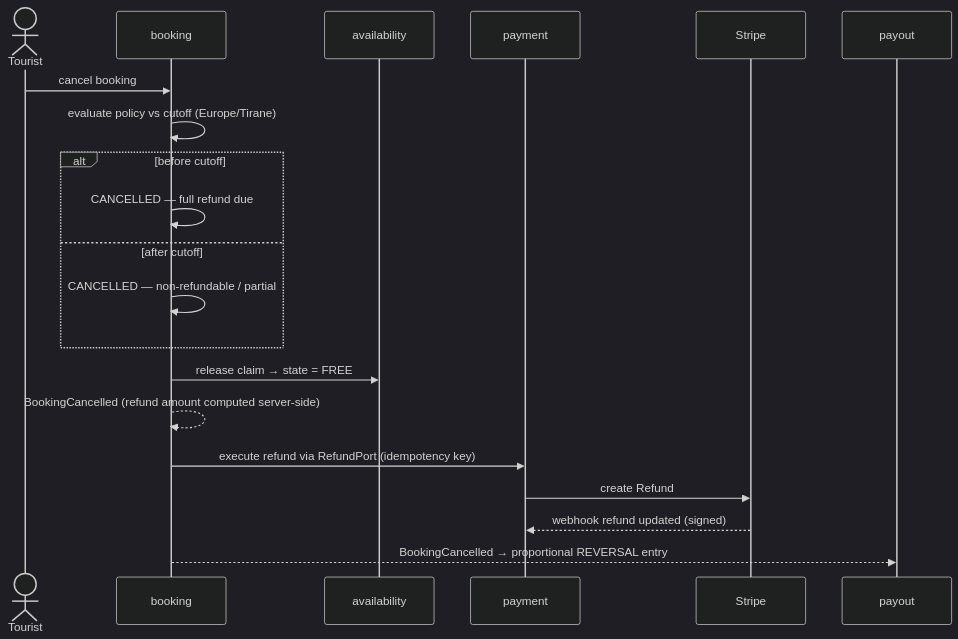
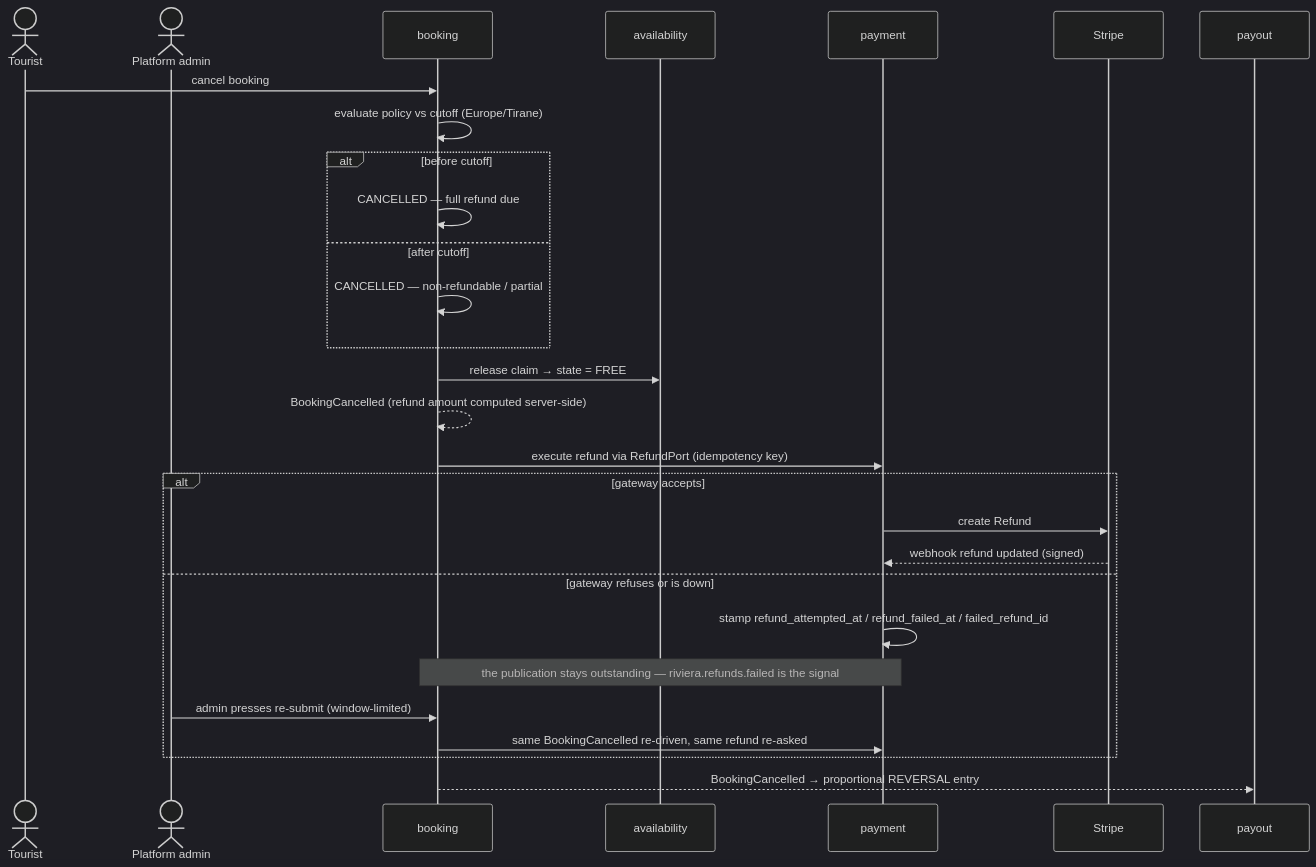
One commit to ivopogace/riviera-sunbed-booking changed diagram 13 of 15 in docs/architecture/domain-model.md. Above: the diagram before and after it, drawn with Mermaid (dark theme). The commit also changed other lines of this file and 53 other files, not shown here.

````diff
--- a/docs/architecture/domain-model.md
+++ b/docs/architecture/domain-model.md
@@ -439,23 +788,31 @@
 ```mermaid
 sequenceDiagram
     actor T as Tourist
+    actor Adm as Platform admin
     participant B as booking
     participant A as availability
     participant P as payment
     participant S as Stripe
     participant L as payout
 
     T->>B: cancel booking
     B->>B: evaluate policy vs cutoff (Europe/Tirane)
     alt before cutoff
         B->>B: CANCELLED — full refund due
     else after cutoff
         B->>B: CANCELLED — non-refundable / partial
     end
     B->>A: release claim → state = FREE
     B-->>B: BookingCancelled (refund amount computed server-side)
     B->>P: execute refund via RefundPort (idempotency key)
-    P->>S: create Refund
-    S-->>P: webhook refund updated (signed)
+    alt gateway accepts
+        P->>S: create Refund
+        S-->>P: webhook refund updated (signed)
+    else gateway refuses or is down
+        P->>P: stamp refund_attempted_at / refund_failed_at / failed_refund_id
+        Note over B,P: the publication stays outstanding — riviera.refunds.failed is the signal
+        Adm->>B: admin presses re-submit (window-limited)
+        B->>P: same BookingCancelled re-driven, same refund re-asked
+    end
     B-->>L: BookingCancelled → proportional REVERSAL entry
 ```
````
